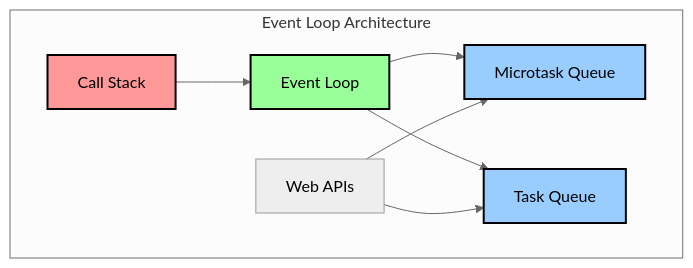
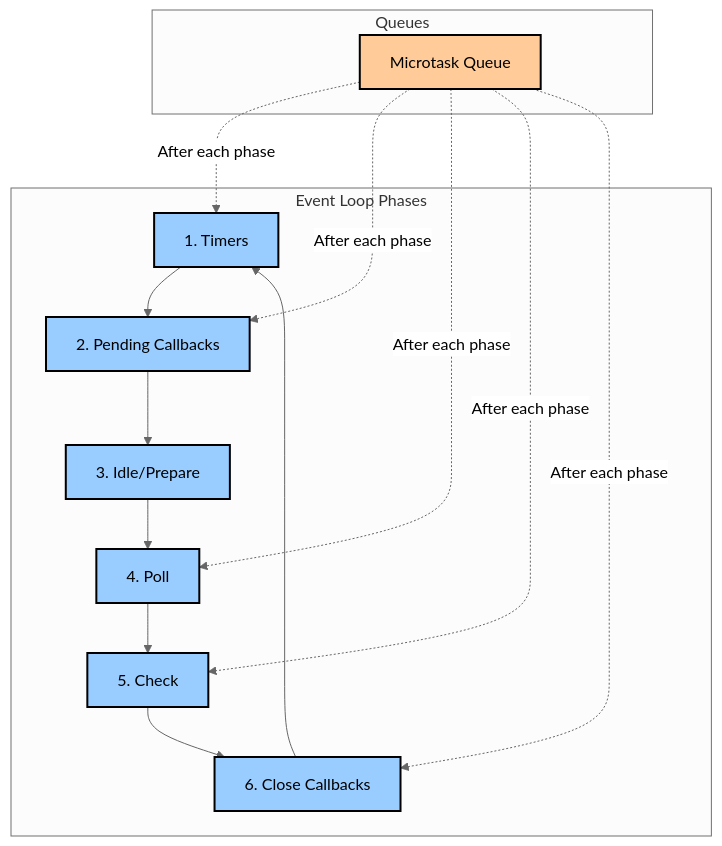
The second of 8 diagrams in v4/content/posts/notes/programming/2023-11-06-async-queue/index.md (sujeet-pro/legacy-personal-site), drawn with Mermaid (neutral theme) before and after one commit. The commit also changed other lines of this file and 16 other files, not shown here.

````diff
--- a/v4/content/posts/notes/programming/2023-11-06-async-queue/index.md
+++ b/v4/content/posts/notes/programming/2023-11-06-async-queue/index.md
@@ -121,24 +121,28 @@
 ```mermaid
 graph TD
-    subgraph "Event Loop Architecture"
-        CS[Call Stack]
-        EL[Event Loop]
-        MQ[Microtask Queue]
-        TQ[Task Queue]
-        WEB[Web APIs]
+    subgraph "Event Loop Phases"
+        T[1. Timers]
+        PC[2. Pending Callbacks]
+        IP[3. Idle/Prepare]
+        P[4. Poll]
+        C[5. Check]
+        CL[6. Close Callbacks]
     end
 
-    CS --> EL
-    EL --> MQ
-    EL --> TQ
-    WEB --> TQ
-    WEB --> MQ
+    subgraph "Queues"
+        MQ[Microtask Queue]
+    end
 
-    classDef stackClass fill:#ff9999,stroke:#000,stroke-width:2px
-    classDef queueClass fill:#99ccff,stroke:#000,stroke-width:2px
-    classDef loopClass fill:#99ff99,stroke:#000,stroke-width:2px
+    T --> PC --> IP --> P --> C --> CL --> T
+    MQ -.->|After each phase| T
+    MQ -.->|After each phase| PC
+    MQ -.->|After each phase| P
+    MQ -.->|After each phase| C
+    MQ -.->|After each phase| CL
 
-    class CS stackClass
-    class MQ,TQ queueClass
-    class EL loopClass
+    classDef phaseClass fill:#99ccff,stroke:#000,stroke-width:2px
+    classDef microClass fill:#ffcc99,stroke:#000,stroke-width:2px
+
+    class T,PC,IP,P,C,CL phaseClass
+    class MQ microClass
 ```
````
